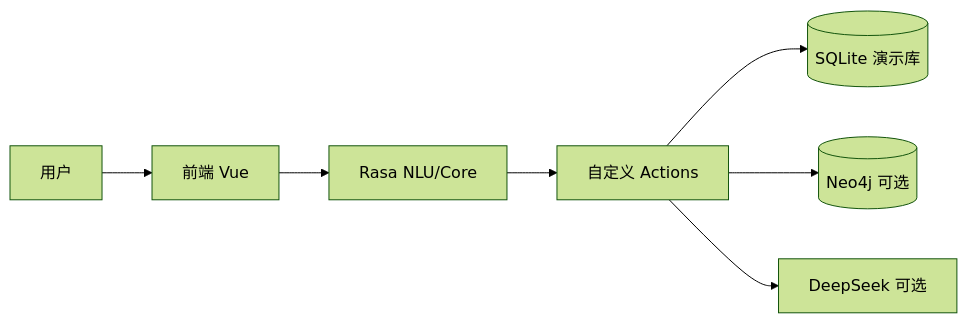
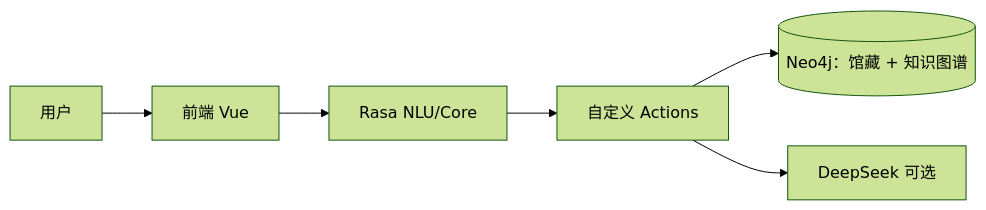
The diagram in README.md (Si-Nan-Si-Mu/library_agent), drawn with Mermaid (forest theme) before and after one commit. The commit also changed other lines of this file and 57 other files, not shown here.

````diff
--- a/README.md
+++ b/README.md
@@ -53,9 +53,8 @@
 ```mermaid
 flowchart LR
   U[用户] --> FE[前端 Vue]
   FE --> RASA[Rasa NLU/Core]
   RASA --> ACT[自定义 Actions]
-  ACT --> DB[(SQLite 演示库)]
-  ACT --> NEO[(Neo4j 可选)]
+  ACT --> NEO[(Neo4j：馆藏 + 知识图谱)]
   ACT --> LLM[DeepSeek 可选]
 ```
````
